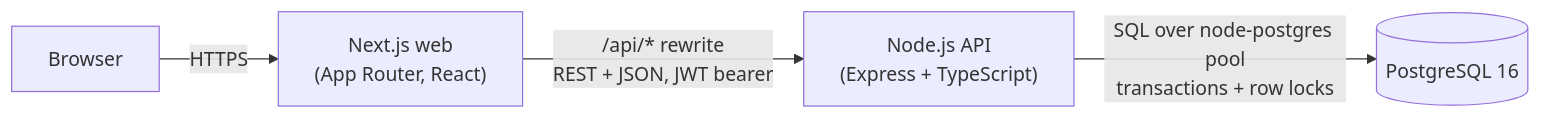
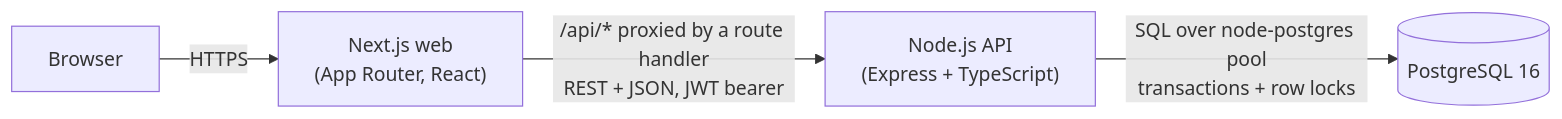
The first of 5 diagrams in docs/architecture.md (MirSiam10/Dhaka-Tesla-Pool-MVP-Project), drawn with Mermaid before and after one commit. The commit also changed other lines of this file and 1 other file, not shown here.

First line of the commit message:
docs(architecture): record the route-handler proxy and add the compose deployment view

````diff
--- a/docs/architecture.md
+++ b/docs/architecture.md
@@ -5,6 +5,6 @@
 ```mermaid
 flowchart LR
     B[Browser] -->|HTTPS| W["Next.js web<br/>(App Router, React)"]
-    W -->|"/api/* rewrite<br/>REST + JSON, JWT bearer"| A["Node.js API<br/>(Express + TypeScript)"]
+    W -->|"/api/* proxied by a route handler<br/>REST + JSON, JWT bearer"| A["Node.js API<br/>(Express + TypeScript)"]
     A -->|"SQL over node-postgres pool<br/>transactions + row locks"| D[("PostgreSQL 16")]
 ```
````
